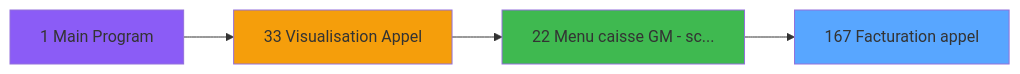
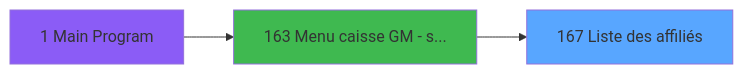
Before and after one commit to thonyAGP/lecteur-magic: the second of 3 diagrams in .openspec/specs/ADH-IDE-167.md, drawn with Mermaid. The commit also changed other lines of this file and 493 other files, not shown here.

````diff
--- a/.openspec/specs/ADH-IDE-167.md
+++ b/.openspec/specs/ADH-IDE-167.md
@@ -366,14 +659,11 @@
 ```mermaid
 graph LR
-    T167[167 Facturation appel]
+    T167[167 Liste des affiliés]
     style T167 fill:#58a6ff
     CC1[1 Main Program]
     style CC1 fill:#8b5cf6
-    CC33[33 Visualisation Appel]
-    style CC33 fill:#f59e0b
-    CC22[22 Menu caisse GM - sc...]
-    style CC22 fill:#3fb950
-    CC33 --> CC22
-    CC1 --> CC33
-    CC22 --> T167
+    CC163[163 Menu caisse GM - s...]
+    style CC163 fill:#3fb950
+    CC1 --> CC163
+    CC163 --> T167
 ```
````
